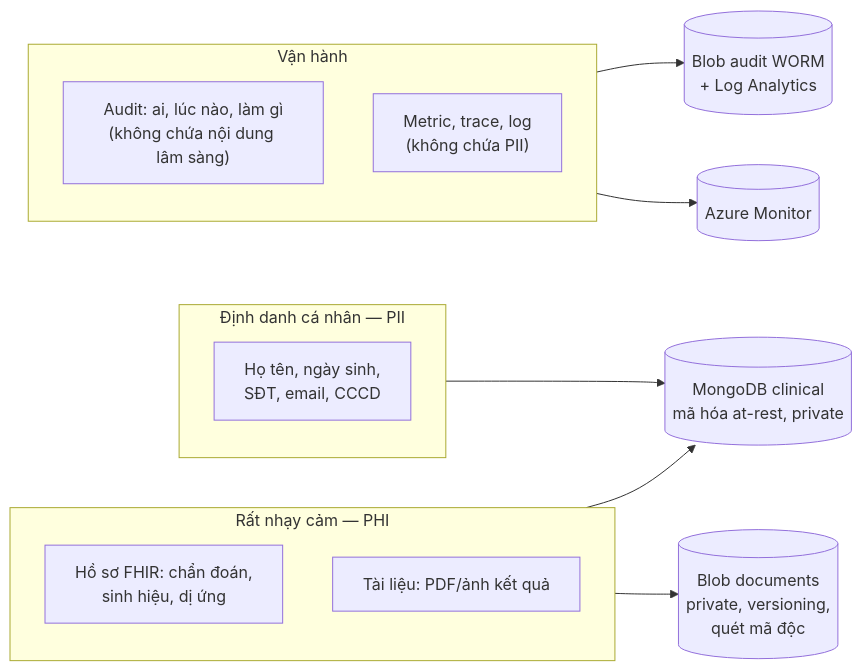
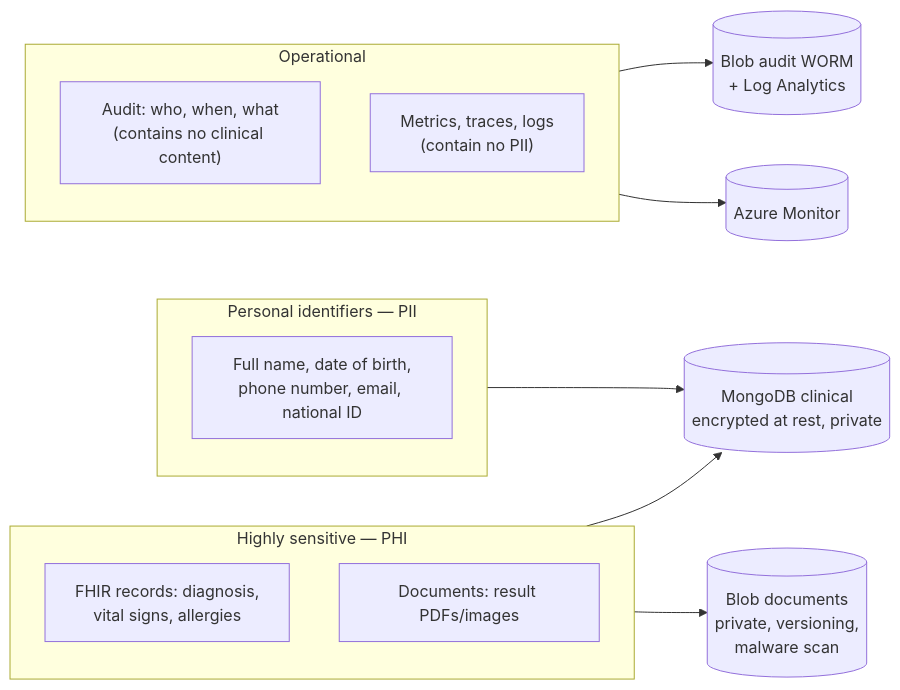
The ninth of 18 diagrams in docs/03-architecture/architecture-diagrams.md (viethung12062005/smart-hospital-platform), drawn with Mermaid before and after one commit. The commit also changed other lines of this file and 346 other files, not shown here.

````diff
--- a/docs/03-architecture/architecture-diagrams.md
+++ b/docs/03-architecture/architecture-diagrams.md
@@ -389,23 +389,23 @@
 ```mermaid
 flowchart LR
-  subgraph C1["Rất nhạy cảm — PHI"]
+  subgraph C1["Highly sensitive — PHI"]
     direction TB
-    R1["Hồ sơ FHIR: chẩn đoán,<br/>sinh hiệu, dị ứng"]
-    R2["Tài liệu: PDF/ảnh kết quả"]
+    R1["FHIR records: diagnosis,<br/>vital signs, allergies"]
+    R2["Documents: result PDFs/images"]
   end
-  subgraph C2["Định danh cá nhân — PII"]
+  subgraph C2["Personal identifiers — PII"]
     direction TB
-    P1["Họ tên, ngày sinh,<br/>SĐT, email, CCCD"]
+    P1["Full name, date of birth,<br/>phone number, email, national ID"]
   end
-  subgraph C3["Vận hành"]
+  subgraph C3["Operational"]
     direction TB
-    O1["Audit: ai, lúc nào, làm gì<br/>(không chứa nội dung lâm sàng)"]
-    O2["Metric, trace, log<br/>(không chứa PII)"]
+    O1["Audit: who, when, what<br/>(contains no clinical content)"]
+    O2["Metrics, traces, logs<br/>(contain no PII)"]
   end
 
-  R1 --> MGC[("MongoDB clinical<br/>mã hóa at-rest, private")]
+  R1 --> MGC[("MongoDB clinical<br/>encrypted at rest, private")]
   P1 --> MGC
-  R2 --> BL[("Blob documents<br/>private, versioning,<br/>quét mã độc")]
+  R2 --> BL[("Blob documents<br/>private, versioning,<br/>malware scan")]
   O1 --> WORM[("Blob audit WORM<br/>+ Log Analytics")]
   O2 --> MON[("Azure Monitor")]
 ```
````
